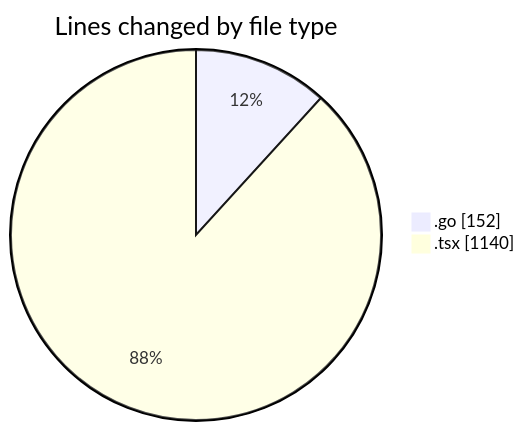
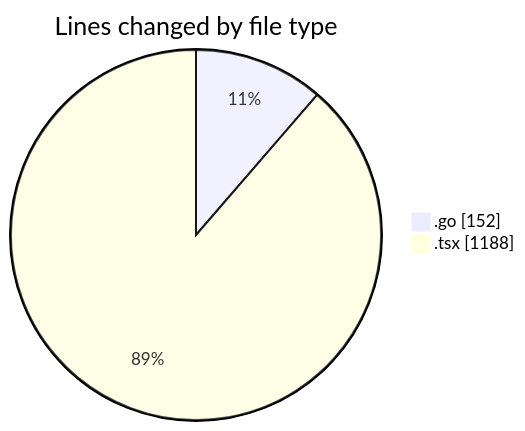
One commit to robertbonfada/code-tracking changed the first of 2 diagrams in 2025-03-05/termonied_testador/README.md. Above: the diagram before and after it, drawn with Mermaid. The commit also changed other lines of this file and 1 other file, not shown here.

````diff
--- a/2025-03-05/termonied_testador/README.md
+++ b/2025-03-05/termonied_testador/README.md
@@ -24,6 +25,6 @@
 ```mermaid
 pie showData
 title Lines changed by file type
 ".go" : 152
-".tsx" : 1140
+".tsx" : 1188
 ```
````
